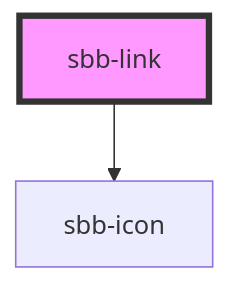
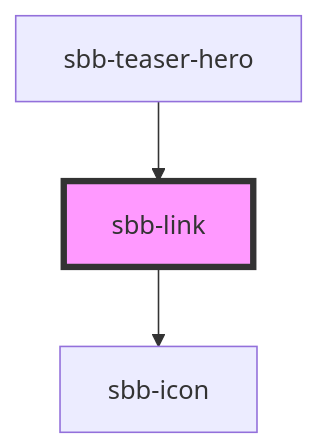
Before and after one commit to sbb-design-systems/lyne-components: the diagram in src/components/sbb-link/readme.md, drawn with Mermaid. The commit also changed other lines of this file and 23 other files, not shown here.

Commit message:
refactor(sbb-teaser-hero): rework structure (#1264)

````diff
--- a/src/components/sbb-link/readme.md
+++ b/src/components/sbb-link/readme.md
@@ -56,5 +61,6 @@
 ```mermaid
 graph TD;
   sbb-link --> sbb-icon
+  sbb-teaser-hero --> sbb-link
   style sbb-link fill:#f9f,stroke:#333,stroke-width:4px
 ```
````
